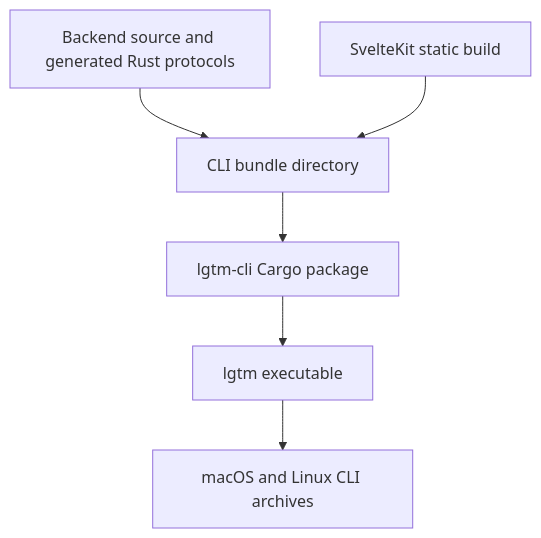
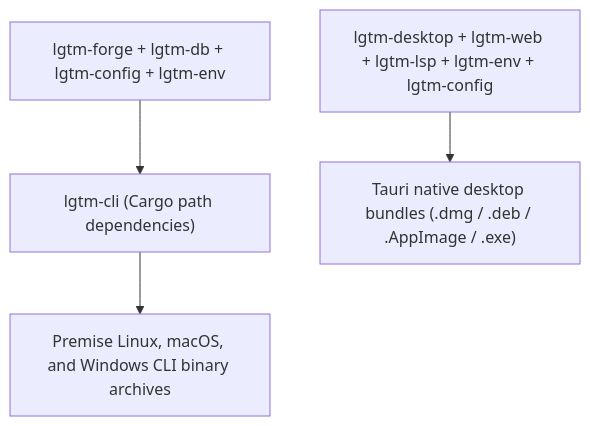
Before and after one commit to difflab-io/lgtm: the fifth of 5 diagrams in docs/architecture/index.md, drawn with Mermaid. The commit also changed other lines of this file and 66 other files, not shown here.

First line of the commit message:
feat(cli): link workspace crates directly, remove web UI bundler, and add lgtm open (#15)

````diff
--- a/docs/architecture/index.md
+++ b/docs/architecture/index.md
@@ -127,8 +227,6 @@
 ```mermaid
 flowchart TD
-    SOURCE["Backend source and generated Rust protocols"] --> BUNDLE["CLI bundle directory"]
-    WEB["SvelteKit static build"] --> BUNDLE
-    BUNDLE --> PACKAGE["lgtm-cli Cargo package"]
-    PACKAGE --> BINARY["lgtm executable"]
-    BINARY --> ARCHIVE["macOS and Linux CLI archives"]
+    FORGE_SRC["lgtm-forge + lgtm-db + lgtm-config + lgtm-env"] --> CLI_BIN["lgtm-cli (Cargo path dependencies)"]
+    CLI_BIN --> ARCHIVE["Premise Linux, macOS, and Windows CLI binary archives"]
+    DESK_SRC["lgtm-desktop + lgtm-web + lgtm-lsp + lgtm-env + lgtm-config"] --> TAURI_BUNDLE["Tauri native desktop bundles (.dmg / .deb / .AppImage / .exe)"]
 ```
````
